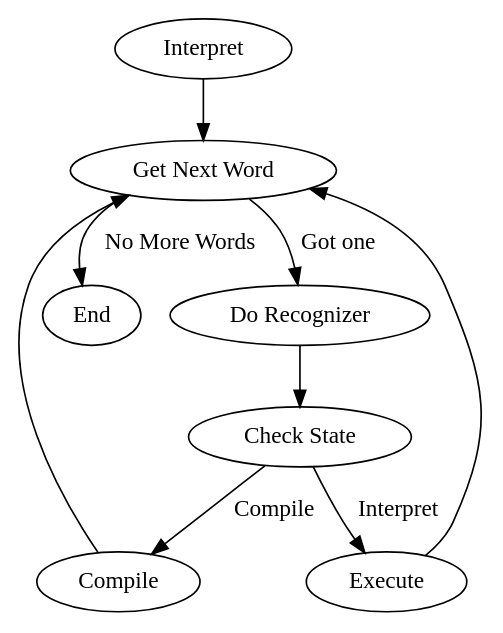
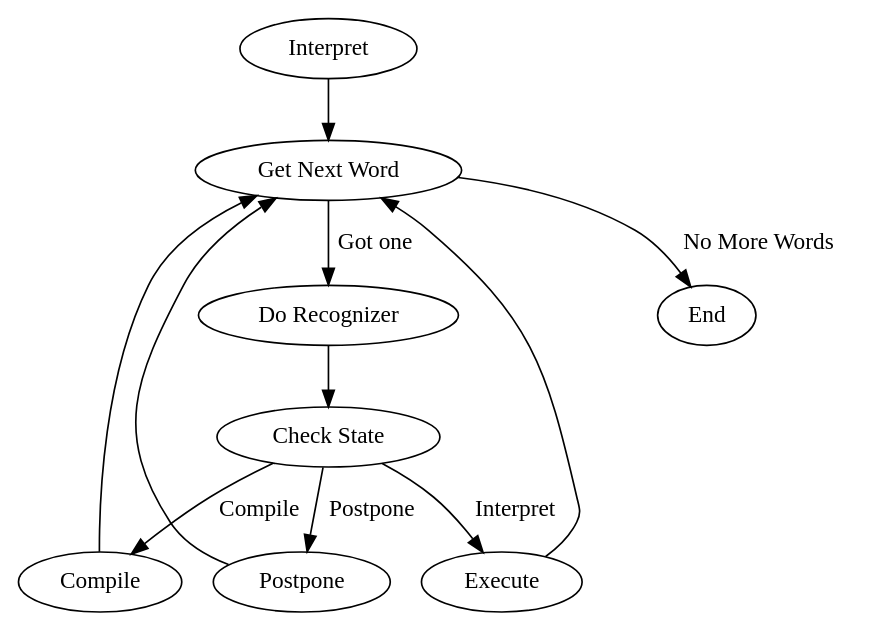
Before and after one commit to snowyu/amforth: the first of 2 diagrams in doc/source/TG/Architecture.rst, drawn with Graphviz. The commit also changed other lines of this file and 13 other files, not shown here.

```diff
--- a/doc/source/TG/Architecture.rst
+++ b/doc/source/TG/Architecture.rst
@@ -212,11 +63,13 @@
 .. digraph:: Recognizer
    :inline:
 
    "Interpret" -> "Get Next Word"
    "Get Next Word" -> "Do Recognizer" [label="Got one"]
    "Get Next Word" -> "End" [label="No More Words"];
    "Do Recognizer" -> "Check State"
    "Check State" -> "Compile" [label="Compile"];
    "Check State" -> "Execute" [label="Interpret"];
+   "Check State" -> "Postpone" [label="Postpone"];
    "Compile" -> "Get Next Word"
    "Execute" -> "Get Next Word"
+   "Postpone" -> "Get Next Word"
```
